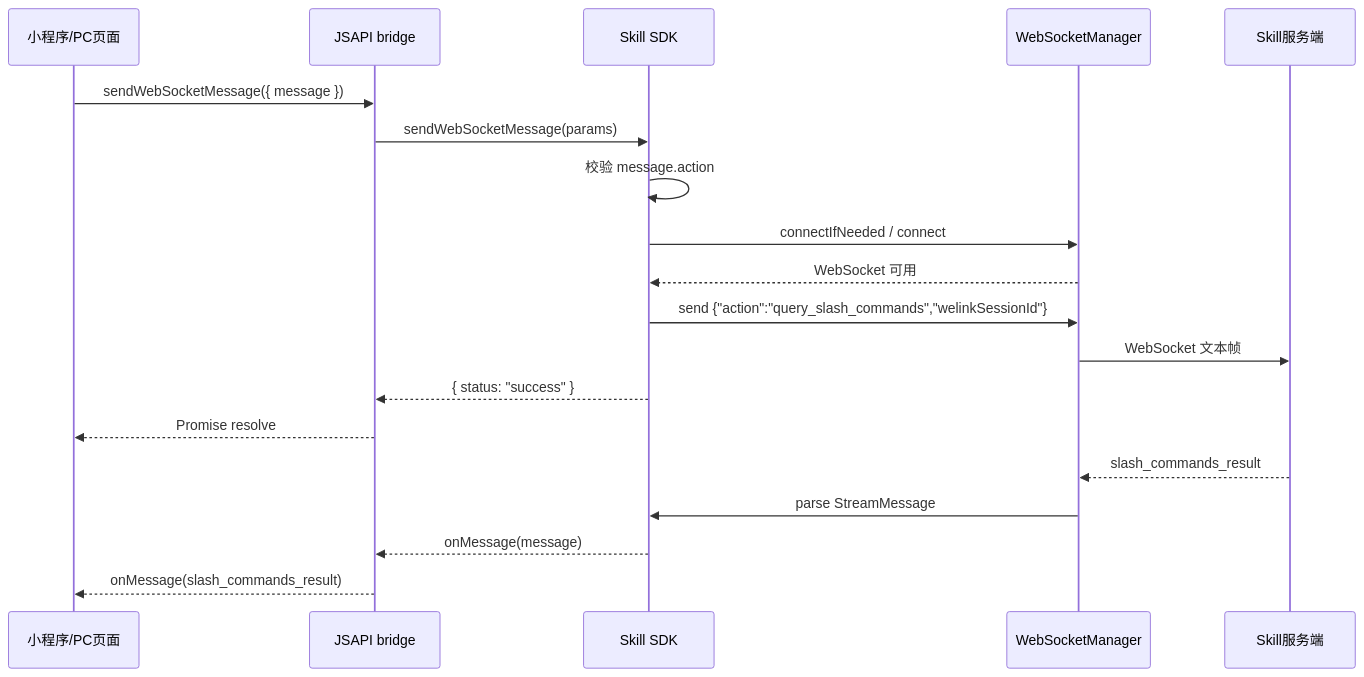
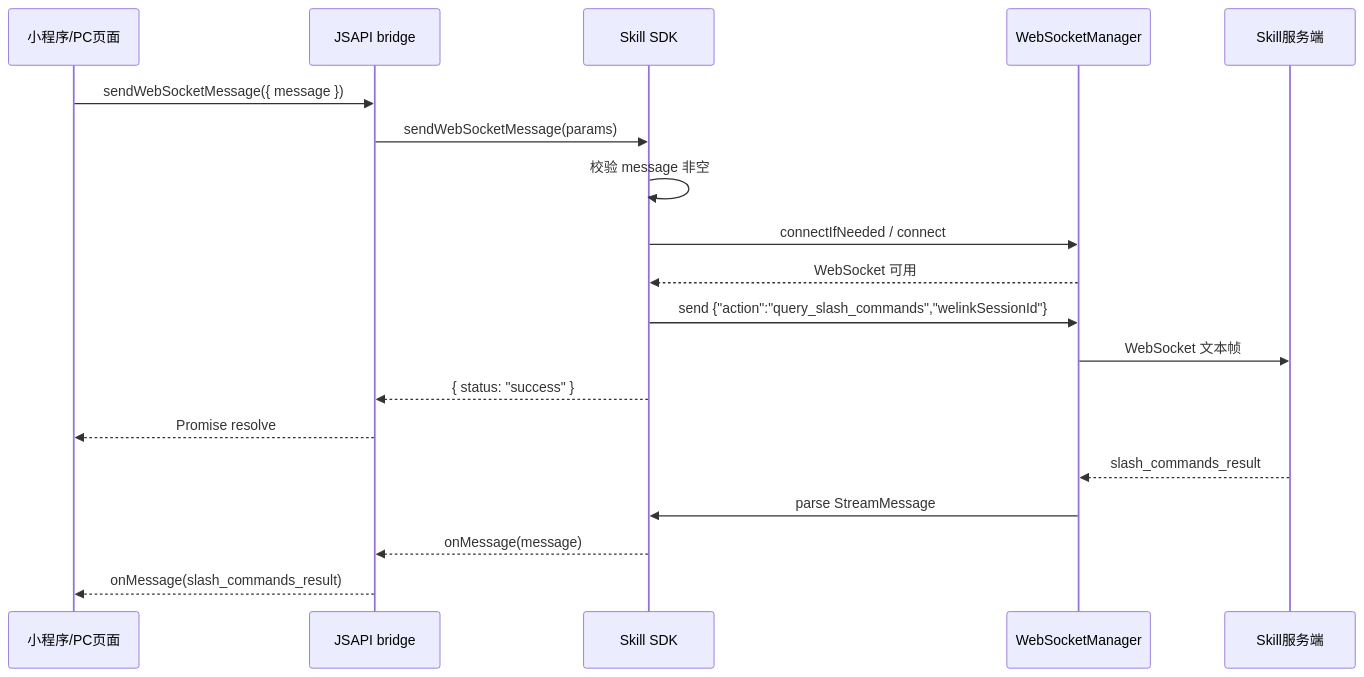
One commit to Abelsjcheng/skillSDK changed the second of 3 diagrams in 2026-06-26-slash-commands-websocket-jsapi-plan.md. Above: the diagram before and after it, drawn with Mermaid. The commit also changed other lines of this file and 13 other files, not shown here.

Commit message:
feat(sdk): send websocket message as string

````diff
--- a/2026-06-26-slash-commands-websocket-jsapi-plan.md
+++ b/2026-06-26-slash-commands-websocket-jsapi-plan.md
@@ -69,22 +69,22 @@
 ```mermaid
 sequenceDiagram
     participant Page as 小程序/PC页面
     participant Bridge as JSAPI bridge
     participant SDK as Skill SDK
     participant WS as WebSocketManager
     participant Server as Skill服务端
 
     Page->>Bridge: sendWebSocketMessage({ message })
     Bridge->>SDK: sendWebSocketMessage(params)
-    SDK->>SDK: 校验 message.action
+    SDK->>SDK: 校验 message 非空
     SDK->>WS: connectIfNeeded / connect
     WS-->>SDK: WebSocket 可用
     SDK->>WS: send {"action":"query_slash_commands","welinkSessionId"}
     WS->>Server: WebSocket 文本帧
     SDK-->>Bridge: { status: "success" }
     Bridge-->>Page: Promise resolve
     Server-->>WS: slash_commands_result
     WS->>SDK: parse StreamMessage
     SDK-->>Bridge: onMessage(message)
     Bridge-->>Page: onMessage(slash_commands_result)
 ```
````
